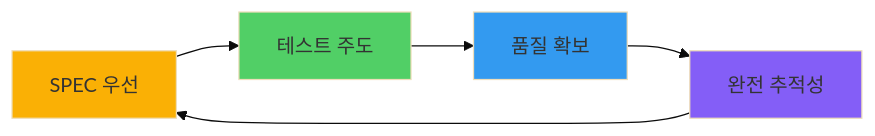
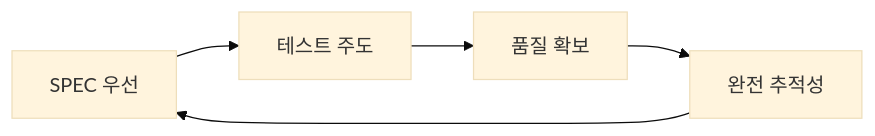
One commit to modu-ai/moai-adk changed the first of 2 diagrams in docs/guide/spec-first-tdd.md. Above: the diagram before and after it, drawn with Mermaid (base theme). The commit also changed other lines of this file and 299 other files, not shown here.

First line of the commit message:
🎨 feat: Mermaid 다크/라이트 테마 대응 + trust-checker 통합

````diff
--- a/docs/guide/spec-first-tdd.md
+++ b/docs/guide/spec-first-tdd.md
@@ -7,12 +7,7 @@
 ```mermaid
 graph LR
     A[SPEC 우선] --> B[테스트 주도]
     B --> C[품질 확보]
     C --> D[완전 추적성]
     D --> A
-
-    style A fill:#fab005
-    style B fill:#51cf66
-    style C fill:#339af0
-    style D fill:#845ef7
 ```
````
